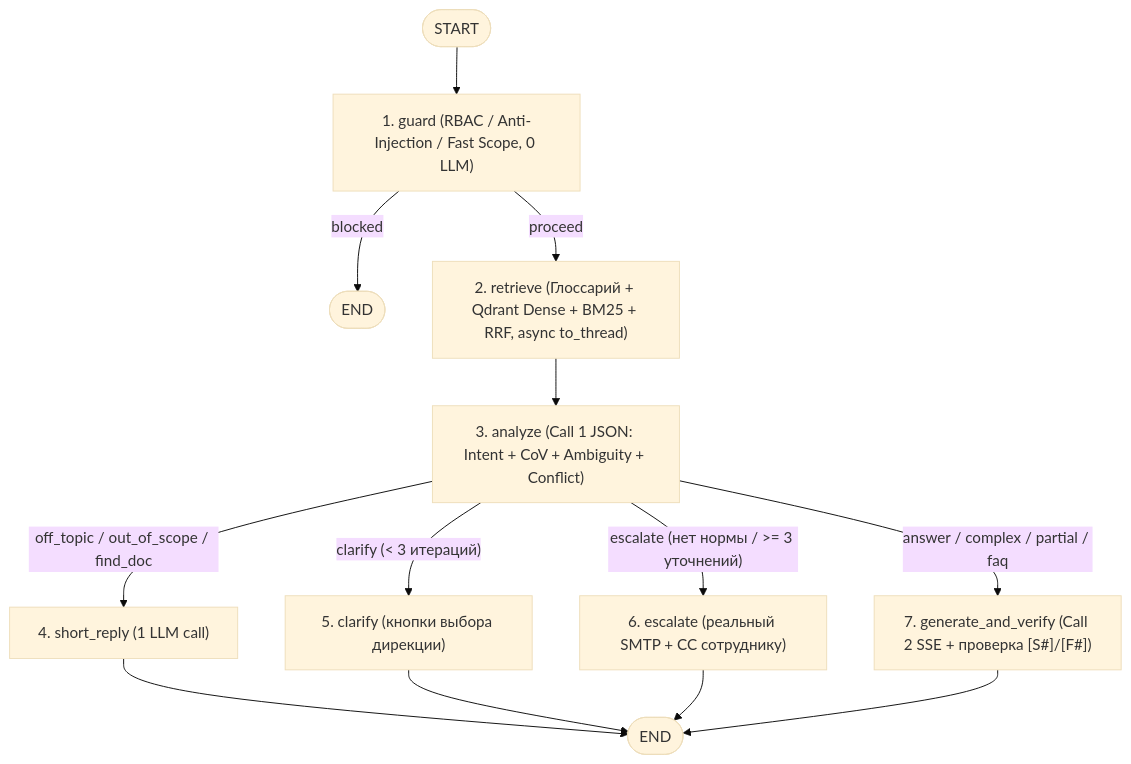
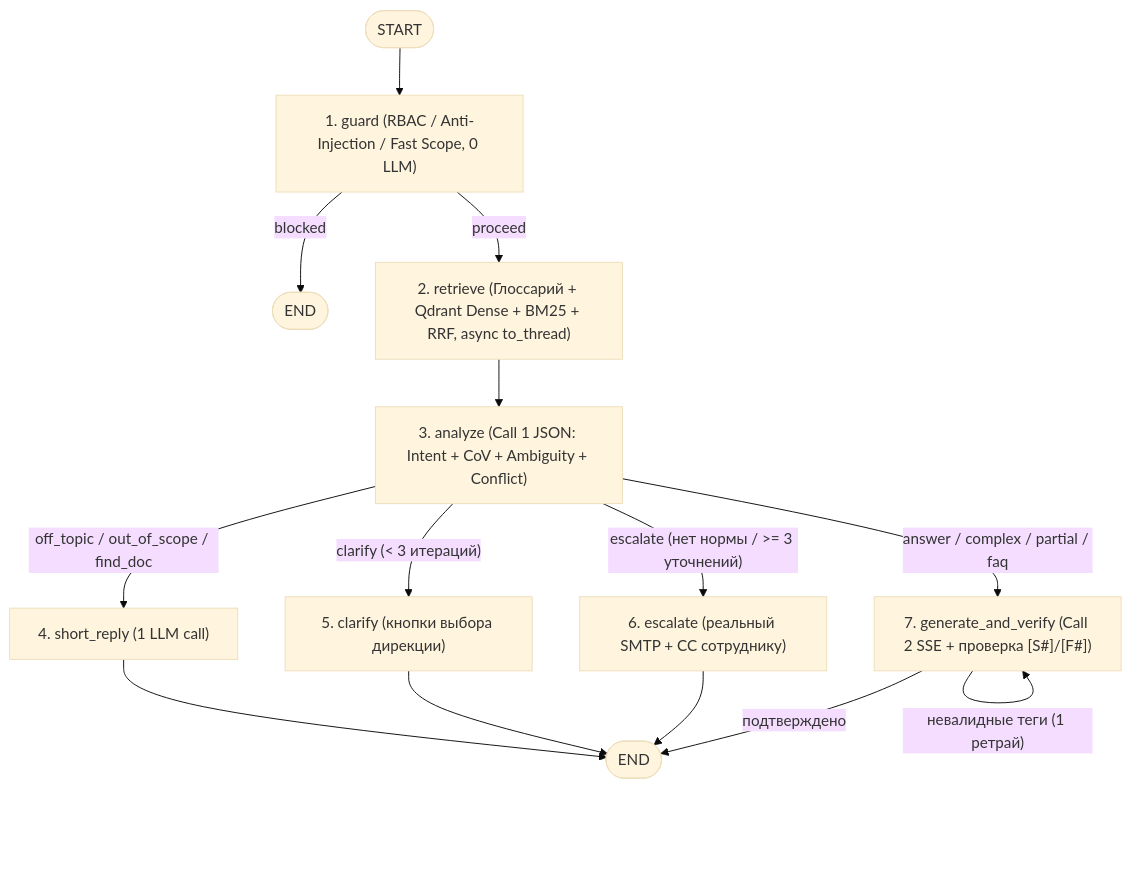
The diagram in README.md (FrankyShelloy/AI-forge), drawn with Mermaid (base theme) before and after one commit. The commit also changed 13 other files, not shown here.

````diff
--- a/README.md
+++ b/README.md
@@ -25,15 +25,16 @@
 ```mermaid
 flowchart TD
     START([START]) --> guard["1. guard (RBAC / Anti-Injection / Fast Scope, 0 LLM)"]
     guard -- "blocked" --> END1([END])
     guard -- "proceed" --> retrieve["2. retrieve (Глоссарий + Qdrant Dense + BM25 + RRF, async to_thread)"]
     retrieve --> analyze["3. analyze (Call 1 JSON: Intent + CoV + Ambiguity + Conflict)"]
     analyze -- "off_topic / out_of_scope / find_doc" --> short["4. short_reply (1 LLM call)"]
     analyze -- "clarify (< 3 итераций)" --> clarify["5. clarify (кнопки выбора дирекции)"]
     analyze -- "escalate (нет нормы / >= 3 уточнений)" --> escalate["6. escalate (реальный SMTP + CC сотруднику)"]
     analyze -- "answer / complex / partial / faq" --> gen["7. generate_and_verify (Call 2 SSE + проверка [S#]/[F#])"]
+    gen -- "невалидные теги (1 ретрай)" --> gen
     short --> END2([END])
     clarify --> END2
     escalate --> END2
-    gen --> END2
+    gen -- "подтверждено" --> END2
 ```
````
